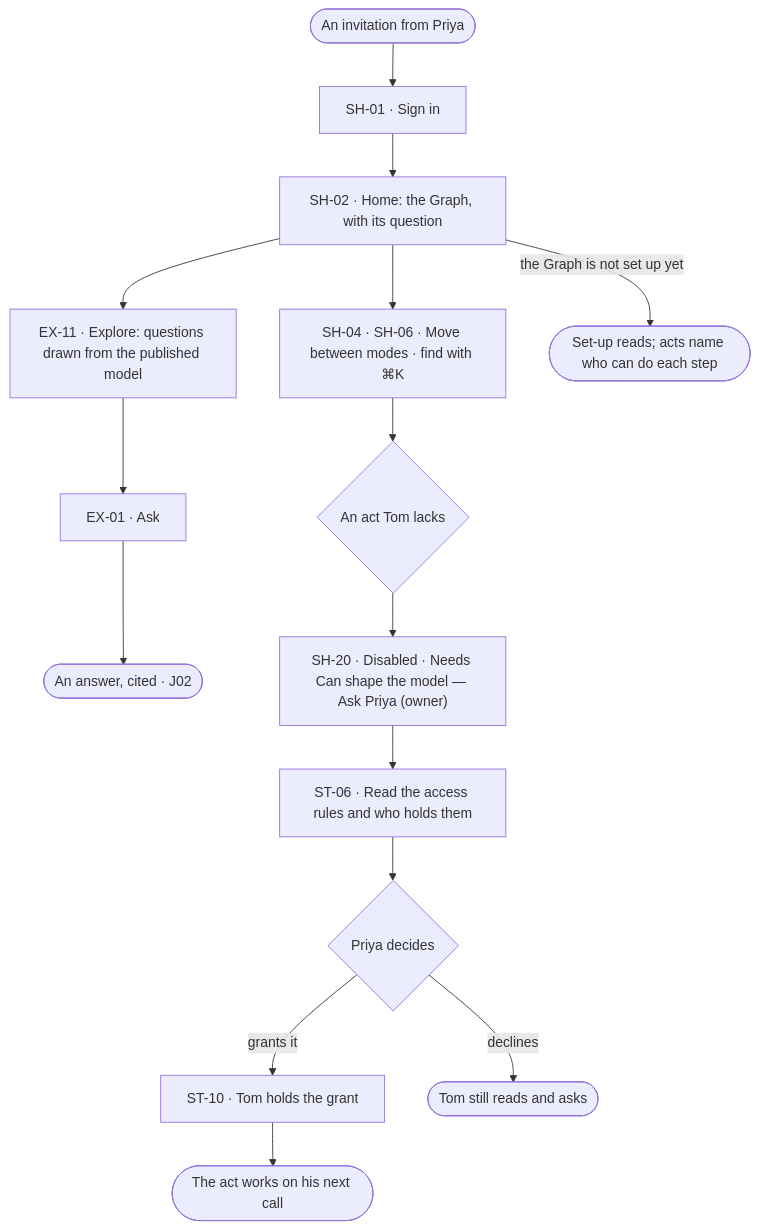
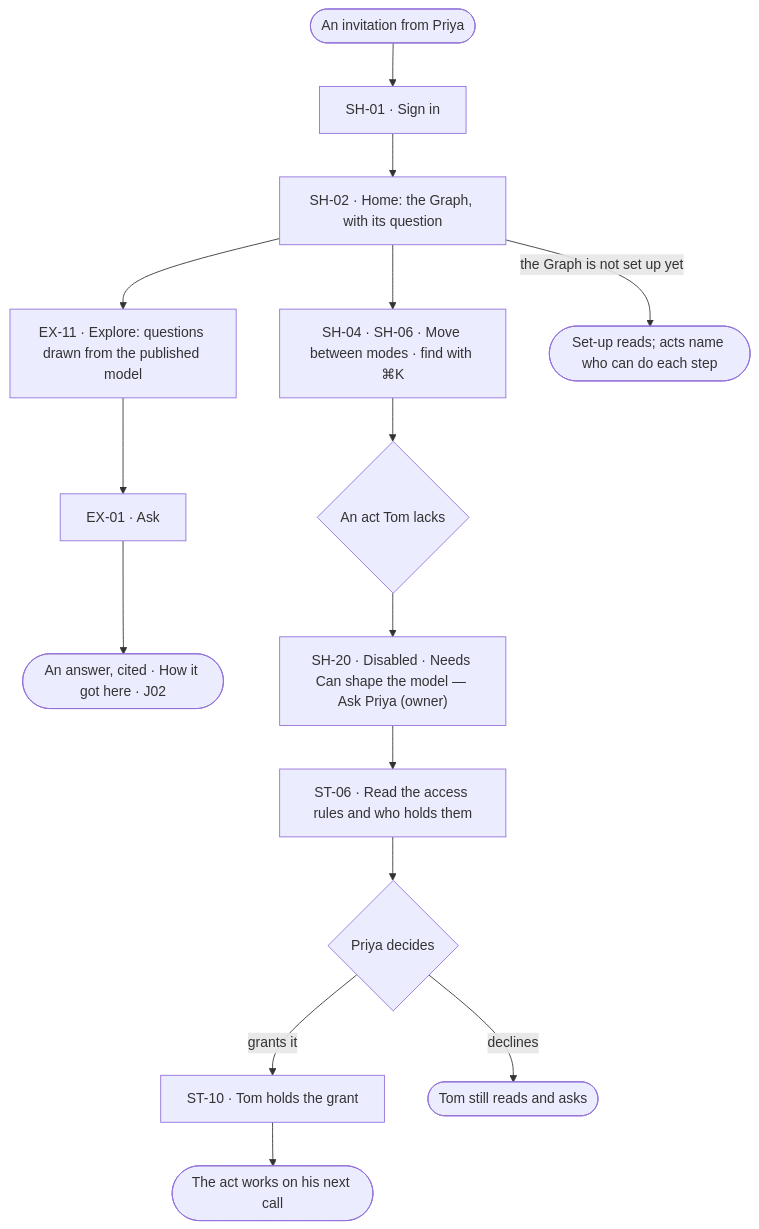
Before and after one commit to invana/invana: the diagram in specs/journeys/J05-join-a-graph-someone-set-up.md, drawn with Mermaid. The commit also changed 425 other files, not shown here.

````diff
--- a/specs/journeys/J05-join-a-graph-someone-set-up.md
+++ b/specs/journeys/J05-join-a-graph-someone-set-up.md
@@ -16,16 +16,16 @@
 ```mermaid
 flowchart TD
   A([An invitation from Priya]) --> B["SH-01 · Sign in"]
   B --> C["SH-02 · Home: the Graph, with its question"]
   C --> D["EX-11 · Explore: questions drawn from the published model"]
   D --> E["EX-01 · Ask"]
-  E --> F(["An answer, cited · J02"])
+  E --> F(["An answer, cited · How it got here · J02"])
   C --> G["SH-04 · SH-06 · Move between modes · find with ⌘K"]
   G --> H{"An act Tom lacks"}
   H --> I["SH-20 · Disabled · Needs Can shape the model — Ask Priya (owner)"]
   I --> J["ST-06 · Read the access rules and who holds them"]
   J --> K{"Priya decides"}
   K -->|grants it| L["ST-10 · Tom holds the grant"] --> M(["The act works on his next call"])
   K -->|declines| N(["Tom still reads and asks"])
   C -->|the Graph is not set up yet| S(["Set-up reads; acts name who can do each step"])
 ```
````
